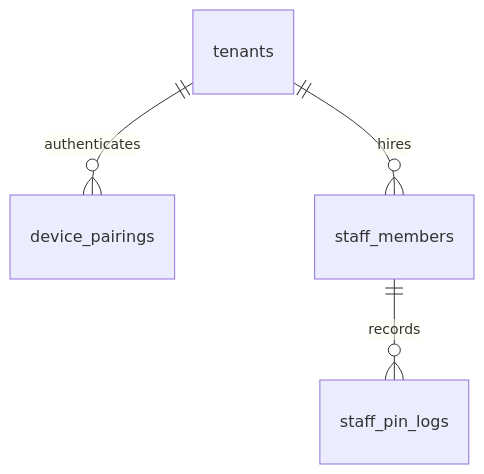
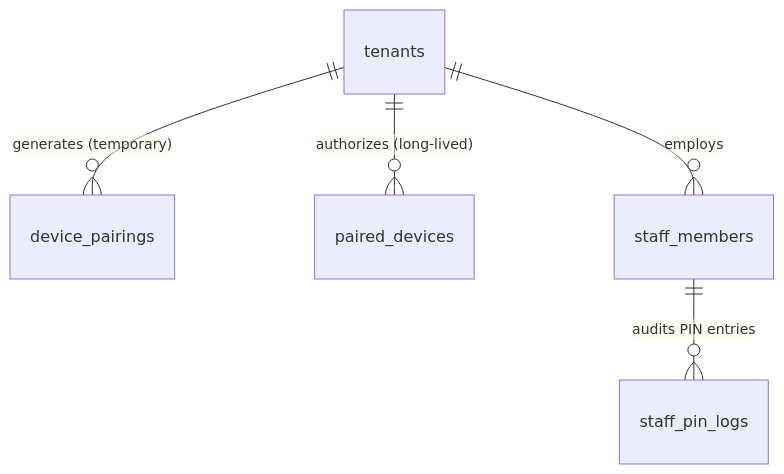
The first of 2 diagrams in docs/device_pairing_and_pin_auth.md (marceldavidbaroi/Smart-Hisab), drawn with Mermaid before and after one commit. The commit also changed other lines of this file and 42 other files, not shown here.

````diff
--- a/docs/device_pairing_and_pin_auth.md
+++ b/docs/device_pairing_and_pin_auth.md
@@ -90,6 +47,8 @@
 ```mermaid
 erDiagram
-    tenants ||--o{ device_pairings : "authenticates"
-    tenants ||--o{ staff_members : "hires"
-    staff_members ||--o{ staff_pin_logs : "records"
+    tenants ||--o{ device_pairings : "generates (temporary)"
+    tenants ||--o{ paired_devices : "authorizes (long-lived)"
+    tenants ||--o{ staff_members : "employs"
+    
+    staff_members ||--o{ staff_pin_logs : "audits PIN entries"
 ```
````
